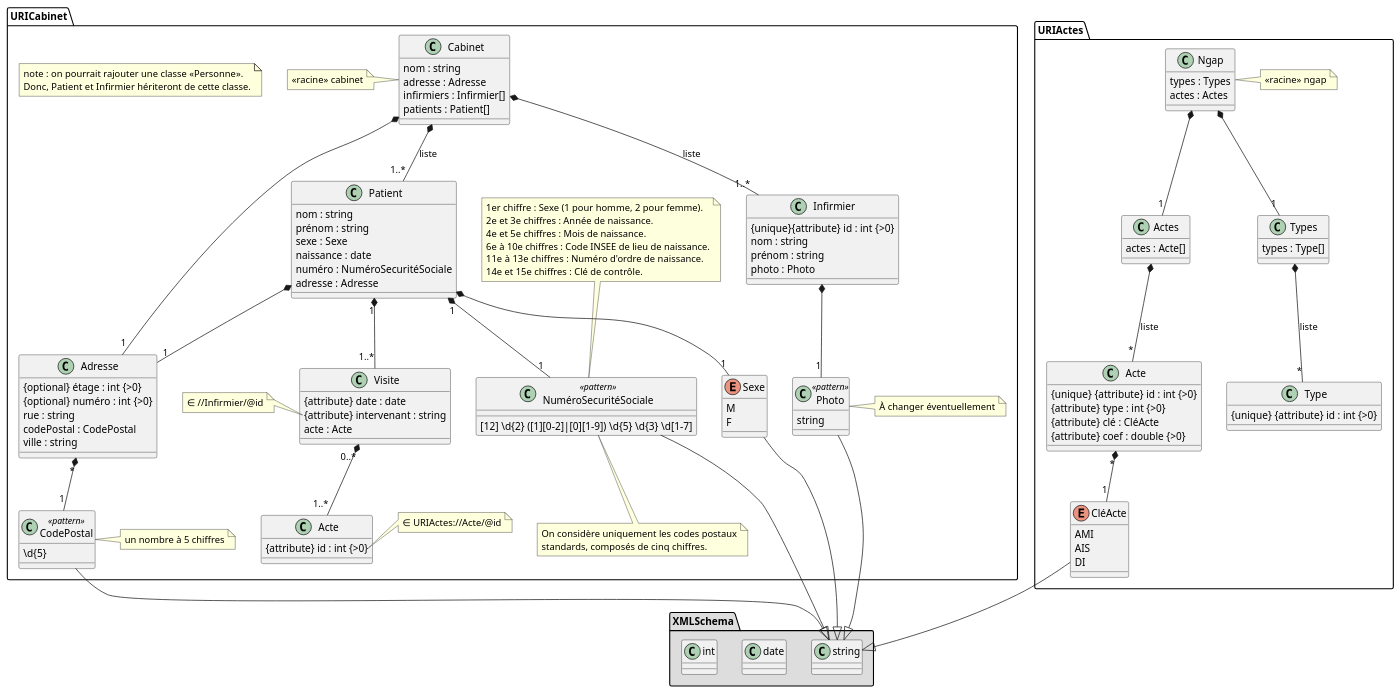
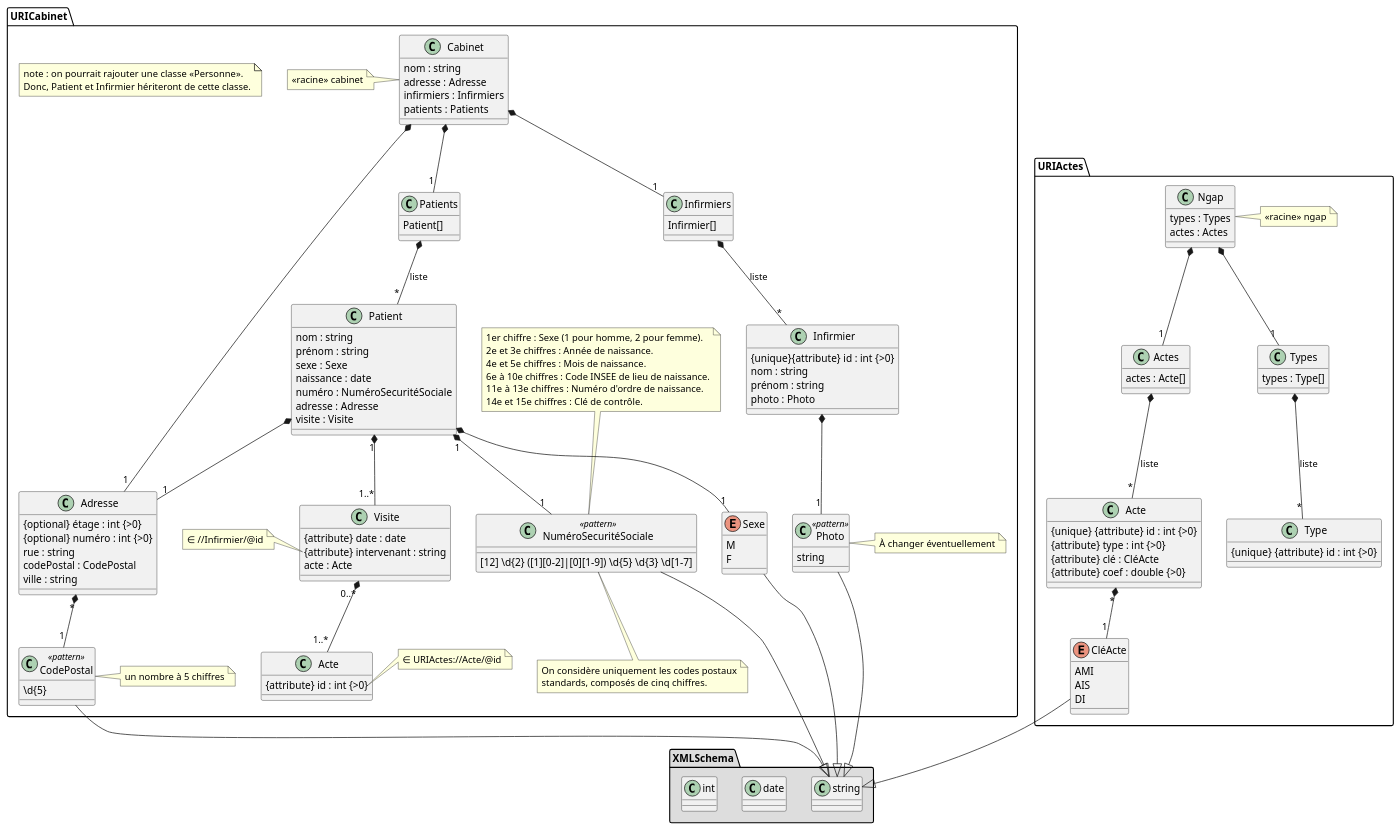
The diagram in data/uml/cabinet.puml (TennesseeAlves/CabinetInfirmier), drawn with PlantUML before and after one commit. The commit also changed 1 other file, not shown here.

Commit message:
Refactor cabinet.puml suite au retour du prof (Infirmiers + Patients) + ajout css d'Ewan.

```diff
--- a/data/uml/cabinet.puml
+++ b/data/uml/cabinet.puml
@@ -1,171 +1,182 @@
 @startuml
 
 'skinparam linetype ortho
 'l'instruction au dessus est pour avoir des lignes orthogonales...
 
 package XMLSchema #DDDDDD {
     class string
     class date
     class int
 }
 
 package URICabinet {
     note as noteHeritagePersonne
         note : on pourrait rajouter une classe «Personne».
         Donc, Patient et Infirmier hériteront de cette classe.
     end note
     
     class Cabinet {
         nom : string
         adresse : Adresse
-        infirmiers : Infirmier[]
-        patients : Patient[]
+        infirmiers : Infirmiers
+        patients : Patients
     }
     note left of Cabinet
         <<racine>> cabinet
     end note
+    
+    class Infirmiers {
+        Infirmier[]
+    }
+    class Patients {
+        Patient[]
+    }
     
     class Infirmier {
         {unique}{attribute} id : int {>0} 
         nom : string
         prénom : string
         photo : Photo
     }
     class Photo <<pattern>> {
         string
     }
     note right of Photo
         À changer éventuellement
     end note
     
     class Patient {
         nom : string
         prénom : string
         sexe : Sexe
         naissance : date
         numéro : NuméroSecuritéSociale
         adresse : Adresse
+        visite : Visite
     }
     
     class Adresse {
         {optional} étage : int {>0}
         {optional} numéro : int {>0}
         rue : string
         codePostal : CodePostal
         ville : string
     }
     
     Enum Sexe  {
         M
         F
     }
     
     class NuméroSecuritéSociale <<pattern>> {
         [12] \d{2} ([1][0-2]|[0][1-9]) \d{5} \d{3} \d[1-7]
     }
     note top of NuméroSecuritéSociale
         1er chiffre : Sexe (1 pour homme, 2 pour femme).
         2e et 3e chiffres : Année de naissance.
         4e et 5e chiffres : Mois de naissance.
         6e à 10e chiffres : Code INSEE de lieu de naissance.
         11e à 13e chiffres : Numéro d'ordre de naissance.
         14e et 15e chiffres : Clé de contrôle.
     end note
     note bottom of NuméroSecuritéSociale
         On considère uniquement les codes postaux
         standards, composés de cinq chiffres.
     end note
     
     class CodePostal <<pattern>> {
         \d{5}
     }
     note right of CodePostal
         un nombre à 5 chiffres
     end note
     
     class Visite {
         {attribute} date : date
         {attribute} intervenant : string
         acte : Acte
     }
     note left of Visite::intervenant
         ∈ //Infirmier/@id
     end note
     
     class Acte {
         {attribute} id : int {>0}
     }
     note right of Acte::id
         ∈ URIActes://Acte/@id
     end note
     
-    Cabinet *--"1..*" Infirmier : liste
-    Cabinet *--"1..*" Patient : liste
+    Cabinet *--"1" Infirmiers
+    Cabinet *--"1" Patients
     Cabinet *--"1" Adresse
+    
+    Infirmiers *-- "*" Infirmier : liste
+    Patients *-- "*" Patient : liste
     
     Infirmier *-- "1" Photo
     
     Patient *--"1" Sexe
     Patient "1"*--"1..*" Visite
     Patient "1"*--"1" NuméroSecuritéSociale
     Patient *--"1" Adresse
     
     Visite "0..*"*--"1..*" Acte
     
     Adresse "*" *--"1" CodePostal
     
     Sexe --|> string
     NuméroSecuritéSociale --|> string
     CodePostal --|> string
     Photo --|> string
 }
 
 
 
 package URIActes {
     class Ngap {
         types : Types
         actes : Actes
     }
     note right of Ngap
         «racine» ngap
     end note
     class Acte {
         {unique} {attribute} id : int {>0}
         {attribute} type : int {>0}
         {attribute} clé : CléActe
         {attribute} coef : double {>0}
     }
     note right of Acte::type
         ∈ //Type/@id
     end note
     
     class Actes {
         actes : Acte[]
     }
     
     class Type {
         {unique} {attribute} id : int {>0}
     }
     class Types {
         types : Type[]
     }
     
     enum CléActe {
         AMI
         AIS
         DI
     }
     
     Ngap *--"1" Types
     Ngap *--"1" Actes
     
     Actes *--"*" Acte : liste
     Acte "*"*--"1" CléActe
     
     Types *--"*" Type : liste
     
     CléActe --|> string
 }
 
 @enduml
```
